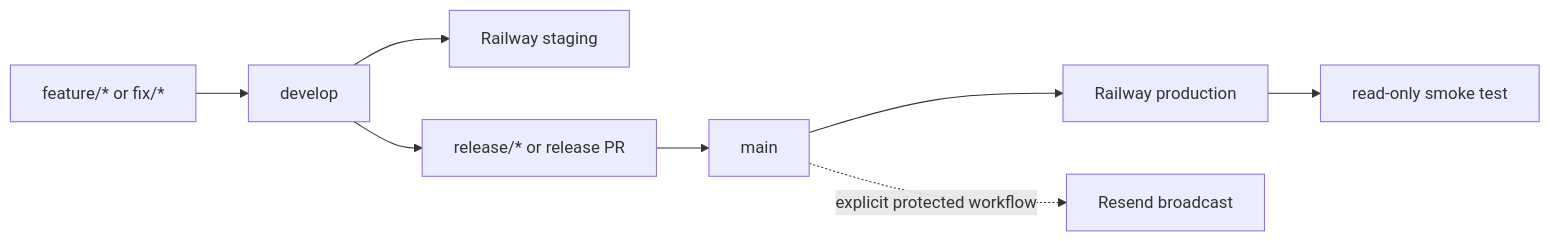
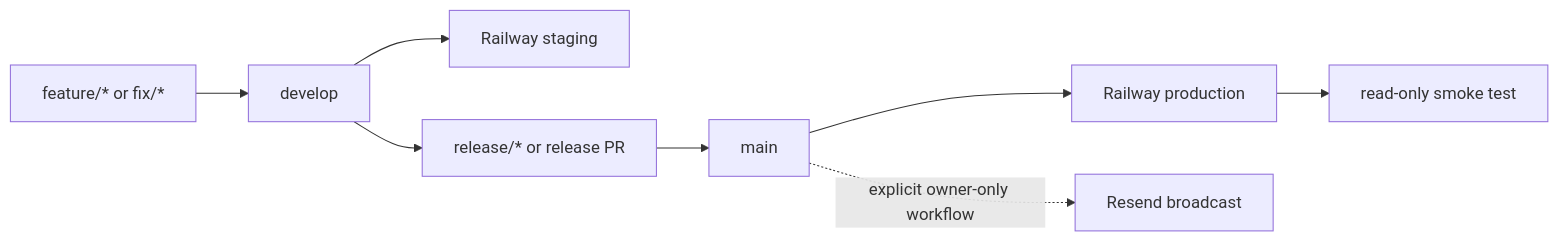
One commit to luccae11235/grove changed the diagram in docs/production-and-release-runbook.md. Above: the diagram before and after it, drawn with Mermaid. The commit also changed other lines of this file and 19 other files, not shown here.

````diff
--- a/docs/production-and-release-runbook.md
+++ b/docs/production-and-release-runbook.md
@@ -24,10 +22,10 @@
 ```mermaid
 flowchart LR
   Feature["feature/* or fix/*"] --> Develop["develop"]
   Develop --> Staging["Railway staging"]
   Develop --> Release["release/* or release PR"]
   Release --> Main["main"]
   Main --> Production["Railway production"]
   Production --> Smoke["read-only smoke test"]
-  Main -. explicit protected workflow .-> Resend["Resend broadcast"]
+  Main -. explicit owner-only workflow .-> Resend["Resend broadcast"]
 ```
````
